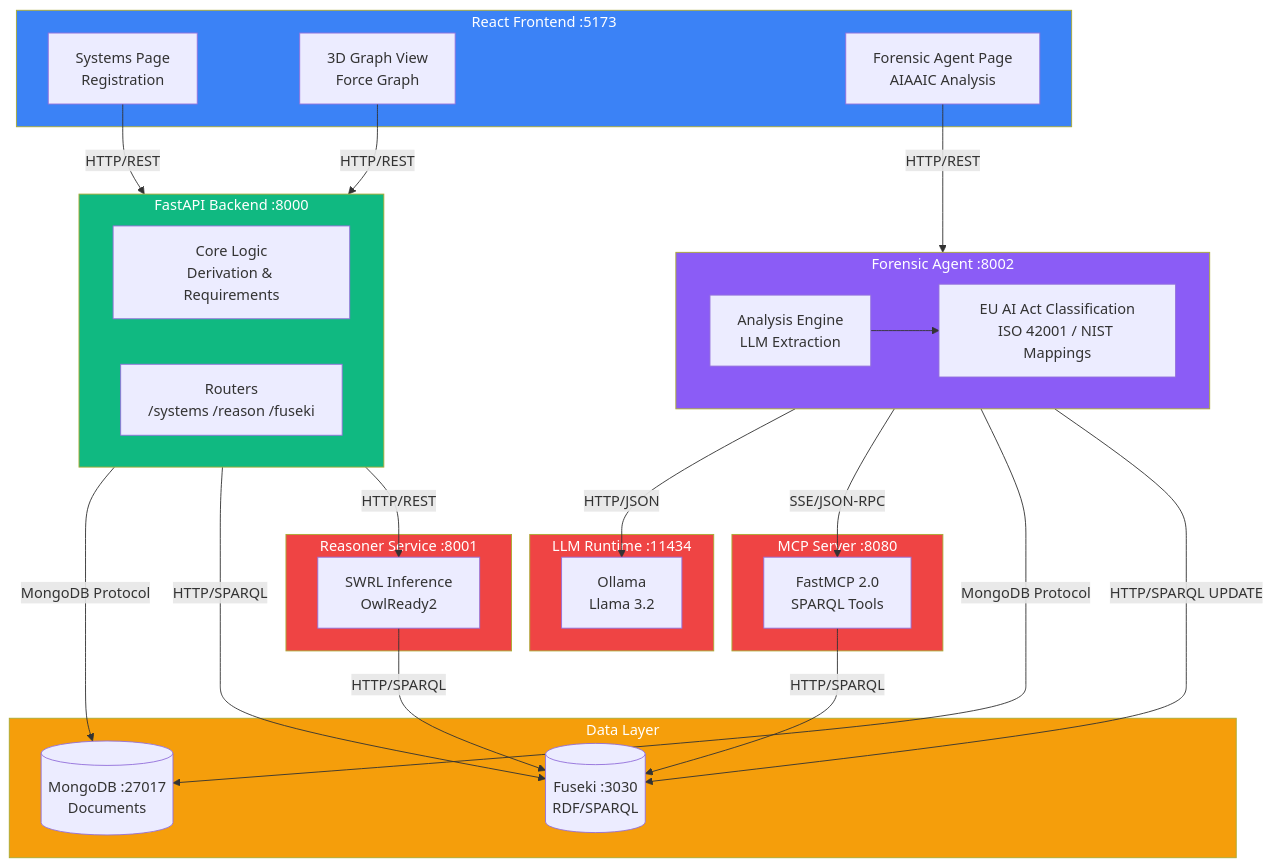
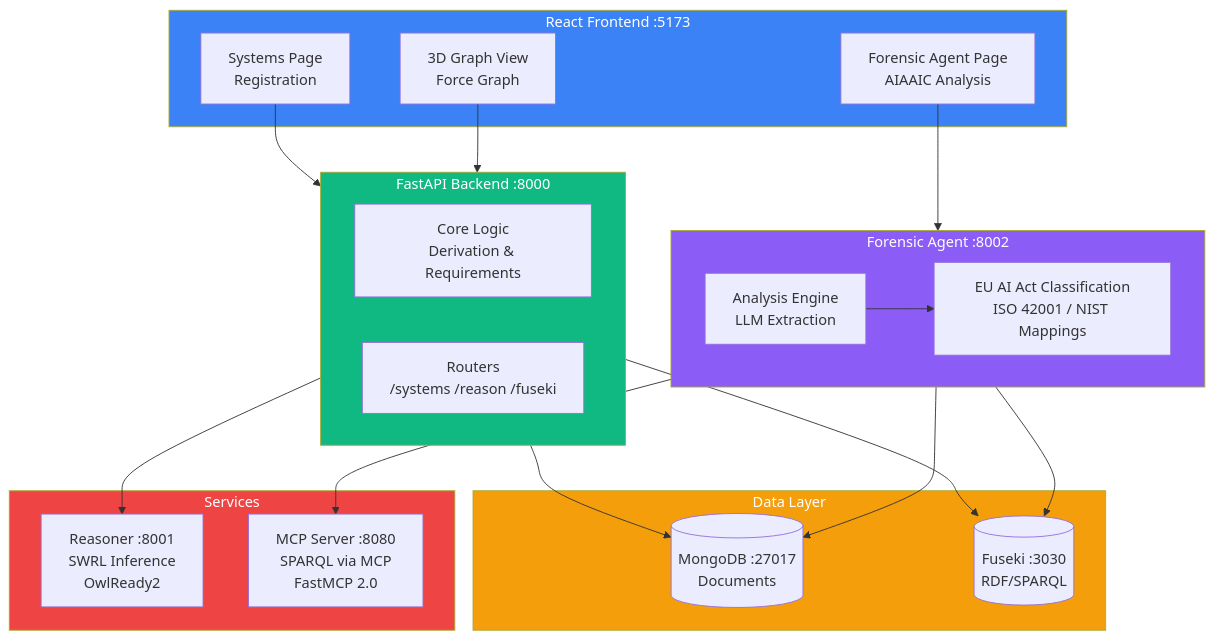
One commit to cartesiosson/ai_act_project changed the first of 2 diagrams in README.md. Above: the diagram before and after it, drawn with Mermaid. The commit also changed other lines of this file and 5 other files, not shown here.

````diff
--- a/README.md
+++ b/README.md
@@ -83,56 +63,40 @@
 ```mermaid
 flowchart TB
     subgraph Frontend["React Frontend :5173"]
         SP[Systems Page<br/>Registration]
         GV[3D Graph View<br/>Force Graph]
         FA[Forensic Agent Page<br/>AIAAIC Analysis]
     end
 
     subgraph Backend["FastAPI Backend :8000"]
         CL[Core Logic<br/>Derivation & Requirements]
         RT[Routers<br/>/systems /reason /fuseki]
     end
 
     subgraph Forensic["Forensic Agent :8002"]
         AE[Analysis Engine<br/>LLM Extraction]
         CL2[EU AI Act Classification<br/>ISO 42001 / NIST Mappings]
     end
 
     subgraph Data["Data Layer"]
         MG[(MongoDB :27017<br/>Documents)]
         FK[(Fuseki :3030<br/>RDF/SPARQL)]
     end
 
-    subgraph Reasoner["Reasoner Service :8001"]
-        RS[SWRL Inference<br/>OwlReady2]
+    subgraph Services["Services"]
+        RS[Reasoner :8001<br/>SWRL Inference<br/>OwlReady2]
+        MCP[MCP Server :8080<br/>SPARQL via MCP<br/>FastMCP 2.0]
     end
 
-    subgraph MCPServer["MCP Server :8080"]
-        MCP[FastMCP 2.0<br/>SPARQL Tools]
-    end
-
-    subgraph LLM["LLM Runtime :11434"]
-        OL[Ollama<br/>Llama 3.2]
-    end
-
-    SP & GV -->|HTTP/REST| Backend
-    FA -->|HTTP/REST| Forensic
-    Backend -->|MongoDB Protocol| MG
-    Backend -->|HTTP/SPARQL| FK
-    Backend -->|HTTP/REST| RS
-    RS -->|HTTP/SPARQL| FK
-    Forensic -->|HTTP/JSON| OL
-    Forensic -->|SSE/JSON-RPC| MCP
-    MCP -->|HTTP/SPARQL| FK
-    Forensic -->|MongoDB Protocol| MG
-    Forensic -->|HTTP/SPARQL UPDATE| FK
+    SP & GV --> Backend
+    FA --> Forensic
+    Backend --> MG & FK & RS
+    Forensic --> MG & FK & MCP
     AE --> CL2
 
     style Frontend fill:#3b82f6,color:#fff
     style Backend fill:#10b981,color:#fff
     style Forensic fill:#8b5cf6,color:#fff
     style Data fill:#f59e0b,color:#fff
-    style Reasoner fill:#ef4444,color:#fff
-    style MCPServer fill:#ef4444,color:#fff
-    style LLM fill:#ef4444,color:#fff
+    style Services fill:#ef4444,color:#fff
 ```
````
